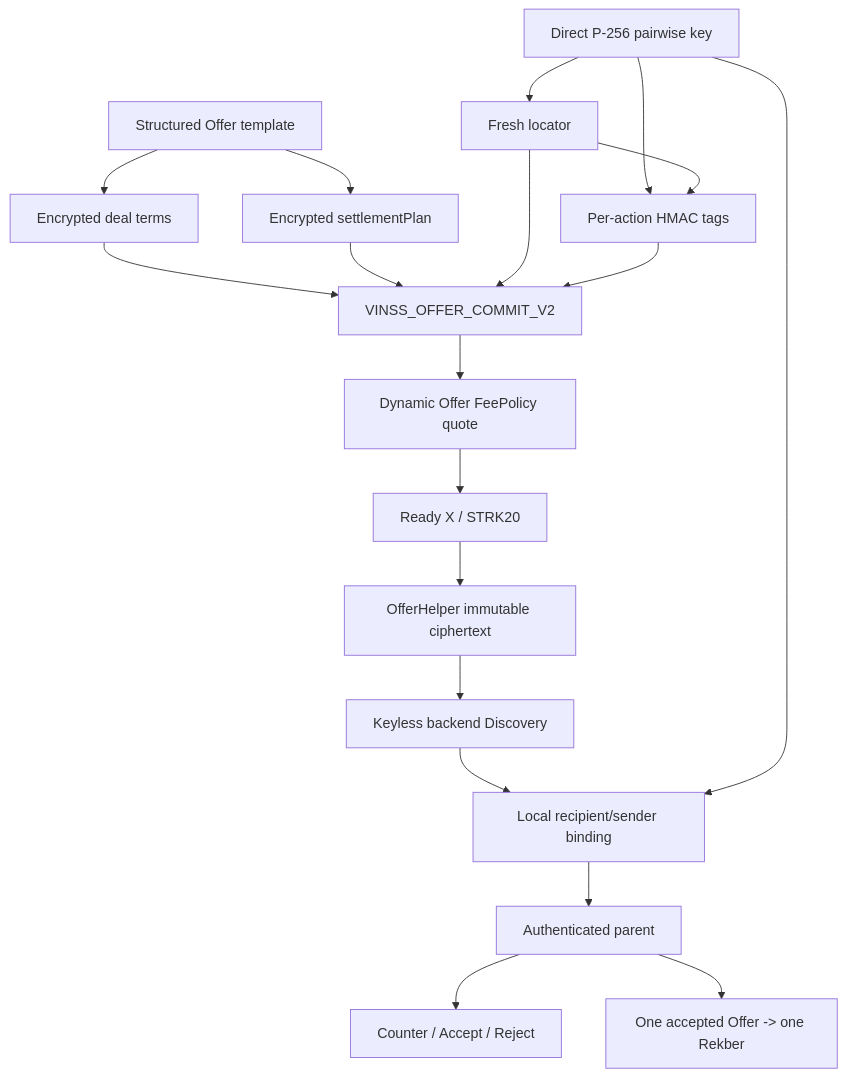
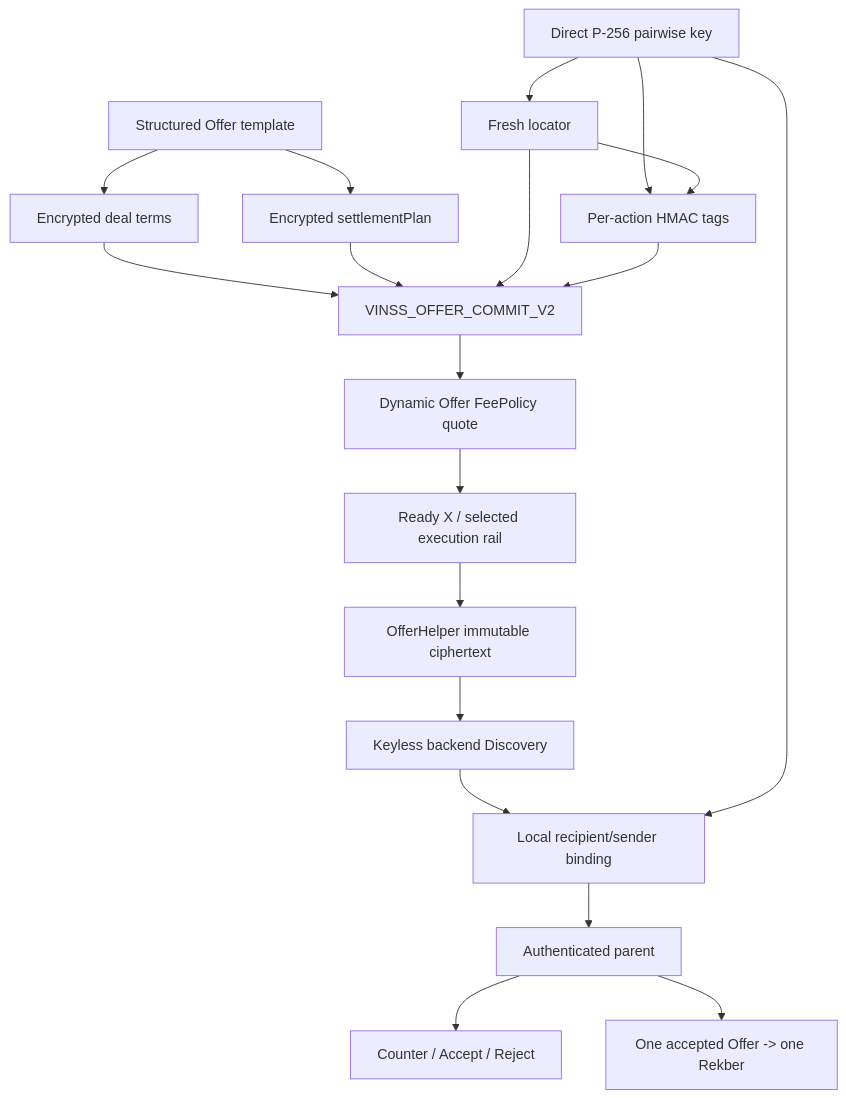
One commit to DXJLabs/vinss changed the tenth of 10 diagrams in docs/technical/frontend/offers.md. Above: the diagram before and after it, drawn with Mermaid. The commit also changed other lines of this file and 8 other files, not shown here.

Commit message:
docs: refresh messaging architecture, code maps and Mermaid; verify Offer rails

````diff
--- a/docs/technical/frontend/offers.md
+++ b/docs/technical/frontend/offers.md
@@ -2889,37 +2911,37 @@
 ```mermaid
 flowchart TB
     TEMPLATE["Structured Offer template"]
     TERMS["Encrypted deal terms"]
     PLAN["Encrypted settlementPlan"]
     KEY["Direct P-256 pairwise key"]
     LOC["Fresh locator"]
     ROUTE["Per-action HMAC tags"]
     COMMIT["VINSS_OFFER_COMMIT_V2"]
     FEE["Dynamic Offer FeePolicy quote"]
-    READY["Ready X / STRK20"]
+    READY["Ready X / selected execution rail"]
     HELPER["OfferHelper immutable ciphertext"]
     DISC["Keyless backend Discovery"]
     AUTH["Local recipient/sender binding"]
     PARENT["Authenticated parent"]
     REPLY["Counter / Accept / Reject"]
     REKBER["One accepted Offer -> one Rekber"]
 
     TEMPLATE --> TERMS
     TEMPLATE --> PLAN
     TERMS --> COMMIT
     PLAN --> COMMIT
     KEY --> LOC
     KEY --> ROUTE
     LOC --> ROUTE
     LOC --> COMMIT
     ROUTE --> COMMIT
     COMMIT --> FEE
     FEE --> READY
     READY --> HELPER
     HELPER --> DISC
     DISC --> AUTH
     KEY --> AUTH
     AUTH --> PARENT
     PARENT --> REPLY
     PARENT --> REKBER
 ```
````
